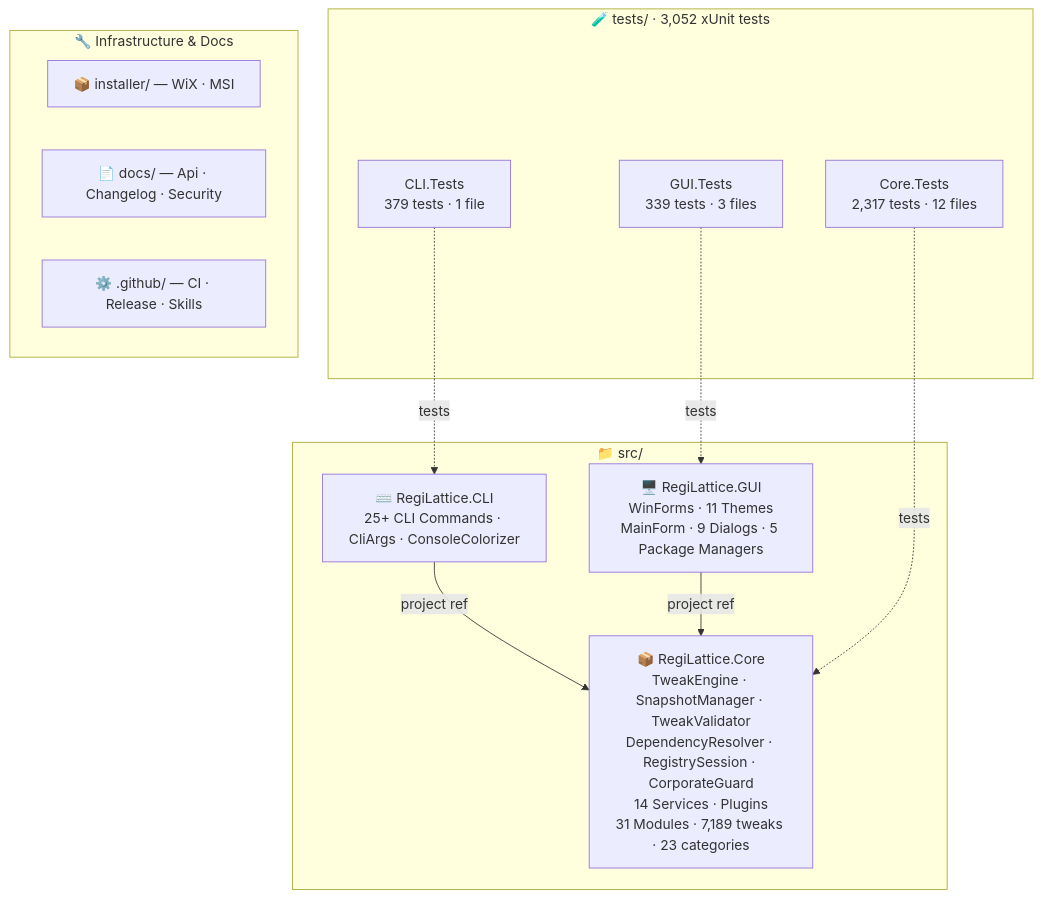
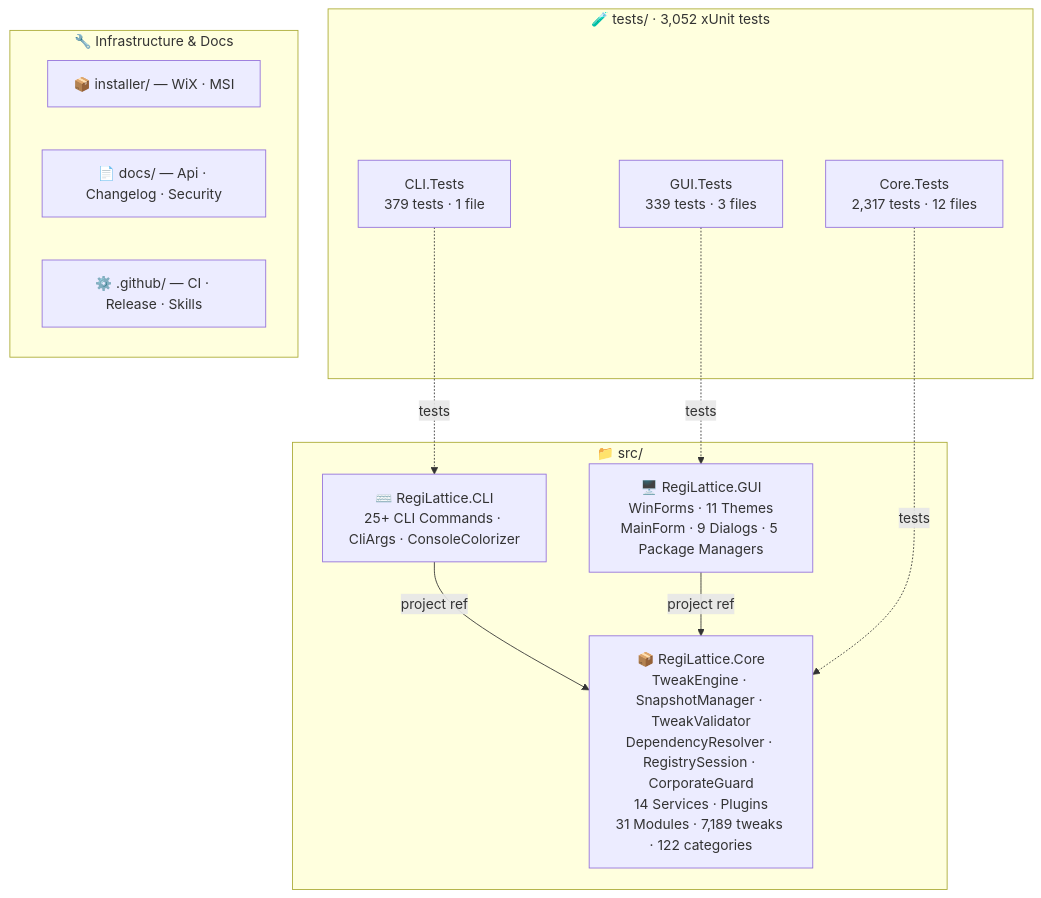
The second of 2 diagrams in README.md (RajwanYair/RegiLattice), drawn with Mermaid before and after one commit. The commit also changed other lines of this file and 37 other files, not shown here.

First line of the commit message:
refactor(tweaks): split 23 categories into 122 subcategories (max 77 tweaks each)

````diff
--- a/README.md
+++ b/README.md
@@ -255,26 +255,26 @@
 ```mermaid
 graph TD
     subgraph SRC["📁 src/"]
-        CORE["📦 RegiLattice.Core<br/>TweakEngine · SnapshotManager · TweakValidator<br/>DependencyResolver · RegistrySession · CorporateGuard<br/>14 Services · Plugins<br/>31 Modules · 7,189 tweaks · 23 categories"]
+        CORE["📦 RegiLattice.Core<br/>TweakEngine · SnapshotManager · TweakValidator<br/>DependencyResolver · RegistrySession · CorporateGuard<br/>14 Services · Plugins<br/>31 Modules · 7,189 tweaks · 122 categories"]
         GUI["🖥️ RegiLattice.GUI<br/>WinForms · 11 Themes<br/>MainForm · 9 Dialogs · 5 Package Managers"]
         CLI["⌨️ RegiLattice.CLI<br/>25+ CLI Commands · CliArgs · ConsoleColorizer"]
     end
 
     subgraph TST["🧪 tests/  ·  3,052 xUnit tests"]
         CT["Core.Tests<br/>2,317 tests · 12 files"]
         CLT["CLI.Tests<br/>379 tests · 1 file"]
         GT["GUI.Tests<br/>339 tests · 3 files"]
     end
 
     subgraph INFRA["🔧 Infrastructure & Docs"]
         INST["📦 installer/ — WiX · MSI"]
         DOCS["📄 docs/ — Api · Changelog · Security"]
         GH["⚙️ .github/ — CI · Release · Skills"]
     end
 
     CLI -->|project ref| CORE
     GUI -->|project ref| CORE
     CT -.->|tests| CORE
     CLT -.->|tests| CLI
     GT -.->|tests| GUI
 ```
````
